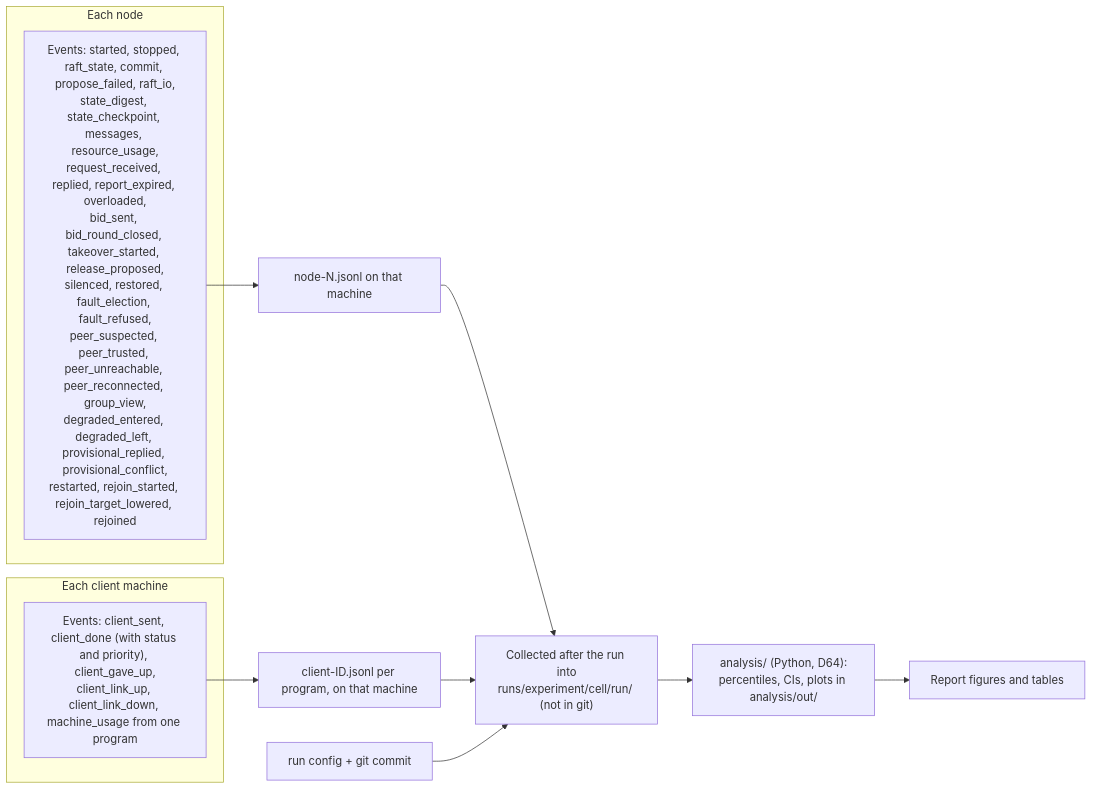
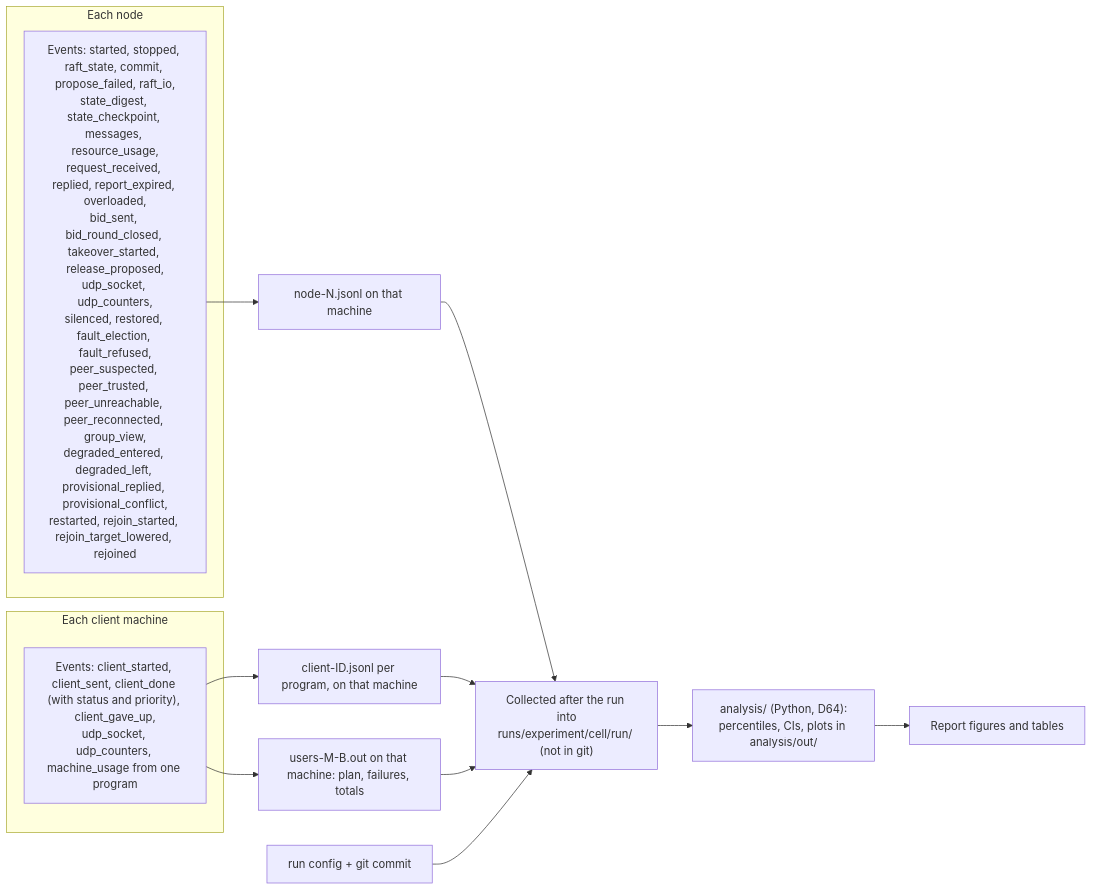
Diagram 45 of 47 in docs/architecture.md (noortaytoy1/DistributedSystems), drawn with Mermaid before and after one commit. The commit also changed other lines of this file and 8 other files, not shown here.

````diff
--- a/docs/architecture.md
+++ b/docs/architecture.md
@@ -1655,16 +1777,18 @@
 ```mermaid
 flowchart LR
     subgraph NODE["Each node"]
-        NE["Events: started, stopped, raft_state, commit, propose_failed, raft_io,<br/>state_digest, state_checkpoint, messages, resource_usage,<br/>request_received, replied, report_expired, overloaded,<br/>bid_sent, bid_round_closed, takeover_started, release_proposed,<br/>silenced, restored, fault_election, fault_refused,<br/>peer_suspected, peer_trusted, peer_unreachable, peer_reconnected, group_view,<br/>degraded_entered, degraded_left, provisional_replied, provisional_conflict,<br/>restarted, rejoin_started, rejoin_target_lowered, rejoined"]
+        NE["Events: started, stopped, raft_state, commit, propose_failed, raft_io,<br/>state_digest, state_checkpoint, messages, resource_usage,<br/>request_received, replied, report_expired, overloaded,<br/>bid_sent, bid_round_closed, takeover_started, release_proposed,<br/>udp_socket, udp_counters,<br/>silenced, restored, fault_election, fault_refused,<br/>peer_suspected, peer_trusted, peer_unreachable, peer_reconnected, group_view,<br/>degraded_entered, degraded_left, provisional_replied, provisional_conflict,<br/>restarted, rejoin_started, rejoin_target_lowered, rejoined"]
     end
     subgraph CLIENT["Each client machine"]
-        CE["Events: client_sent, client_done (with status and priority), client_gave_up,<br/>client_link_up, client_link_down, machine_usage from one program"]
+        CE["Events: client_started, client_sent, client_done (with status and priority), client_gave_up,<br/>udp_socket, udp_counters, machine_usage from one program"]
     end
     NE --> NF["node-N.jsonl on that machine"]
     CE --> CF["client-ID.jsonl per program, on that machine"]
     NF --> COL["Collected after the run into<br/>runs/experiment/cell/run/ (not in git)"]
     CF --> COL
+    CE --> CO["users-M-B.out on that machine: plan, failures, totals"]
+    CO --> COL
     CFG["run config + git commit"] --> COL
     COL --> AN["analysis/ (Python, D64):<br/>percentiles, CIs, plots in analysis/out/"]
     AN --> REP["Report figures and tables"]
 ```
````
